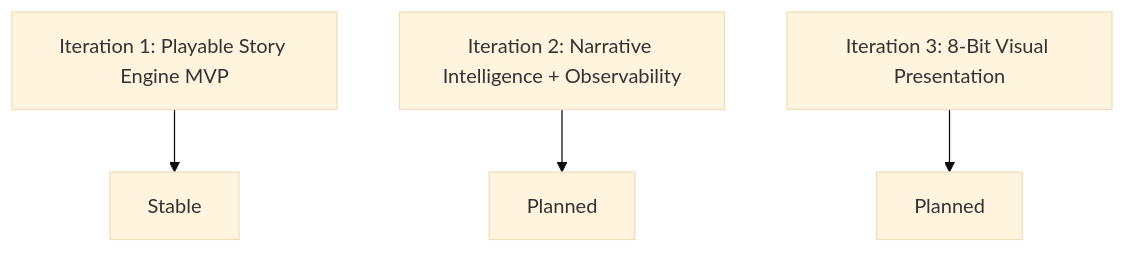
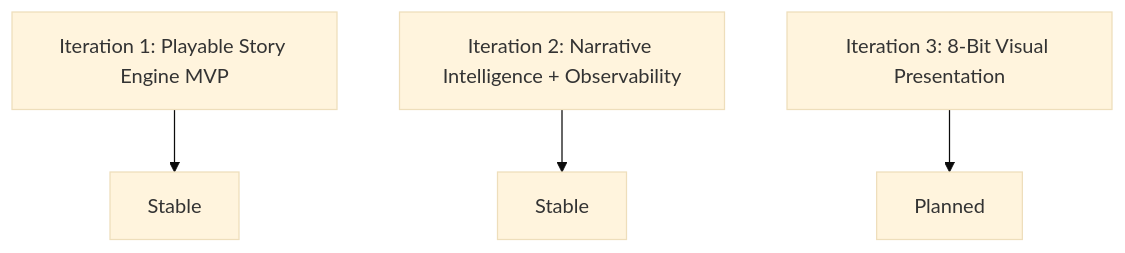
The second of 3 diagrams in README.md (aamir-nus/lumina-quest), drawn with Mermaid (base theme) before and after one commit. The commit also changed other lines of this file and 4 other files, not shown here.

````diff
--- a/README.md
+++ b/README.md
@@ -20,6 +20,6 @@
 ```mermaid
 flowchart TD
   I1["Iteration 1: Playable Story Engine MVP"] --> S1["Stable"]
-  I2["Iteration 2: Narrative Intelligence + Observability"] --> S2["Planned"]
+  I2["Iteration 2: Narrative Intelligence + Observability"] --> S2["Stable"]
   I3["Iteration 3: 8-Bit Visual Presentation"] --> S3["Planned"]
 ```
````
